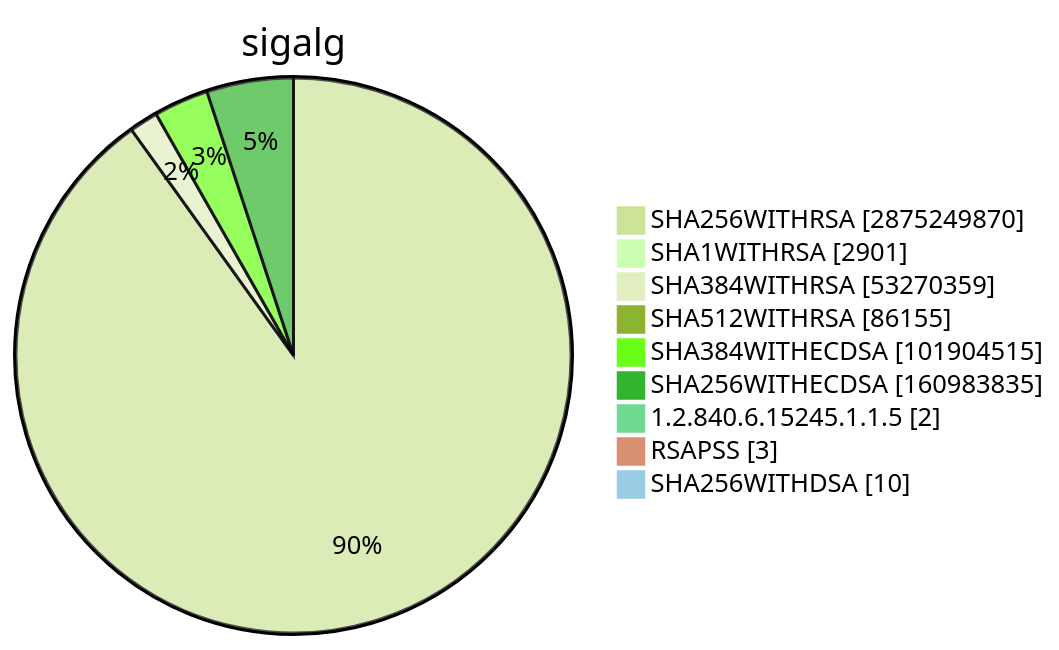
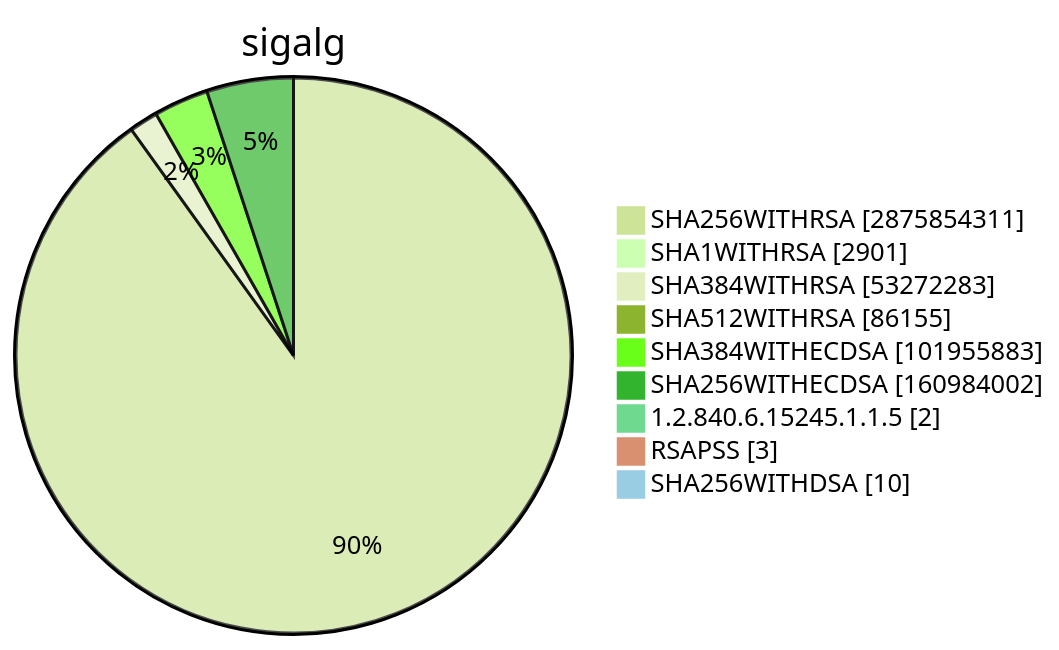
Before and after one commit to christiankrug/ctmonitor_visualization: diagram 15 of 15 in TOTAL/README.md, drawn with Mermaid (forest theme). The commit also changed other lines of this file, not shown here.

````diff
--- a/TOTAL/README.md
+++ b/TOTAL/README.md
@@ -6207,13 +6207,13 @@
 ```mermaid
 pie showData
 title sigalg
-"SHA256WITHRSA" :2875249870
+"SHA256WITHRSA" :2875854311
 "SHA1WITHRSA" :2901
-"SHA384WITHRSA" :53270359
+"SHA384WITHRSA" :53272283
 "SHA512WITHRSA" :86155
-"SHA384WITHECDSA" :101904515
-"SHA256WITHECDSA" :160983835
+"SHA384WITHECDSA" :101955883
+"SHA256WITHECDSA" :160984002
 "1.2.840.6.15245.1.1.5" :2
 "RSAPSS" :3
 "SHA256WITHDSA" :10
 ```
````
